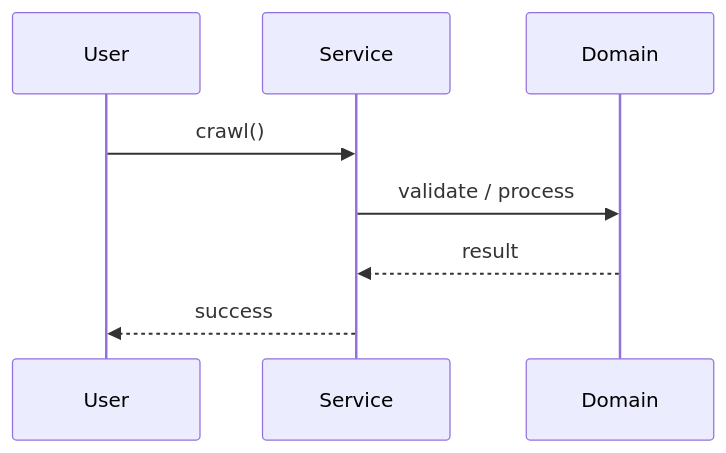
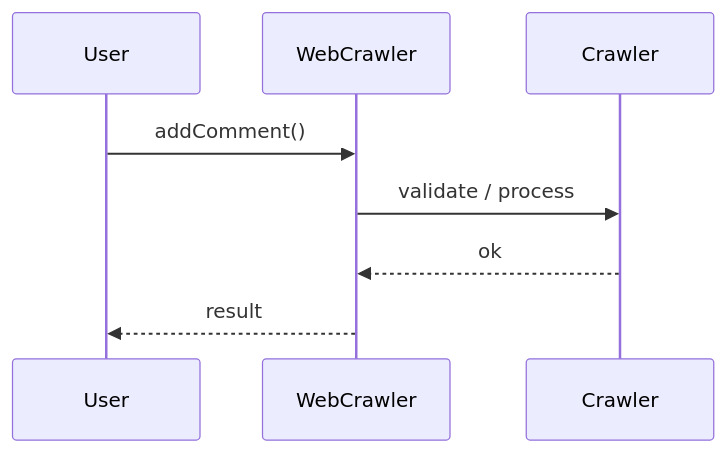
Before and after one commit to madhupaila/Interview-Prep-SSE: the second of 3 diagrams in Learn/System Design - Low Level Design/04-concurrency-lld/questions/Q11-web-crawler-multithreaded.md, drawn with Mermaid. The commit also changed other lines of this file and 491 other files, not shown here.

````diff
--- a/Learn/System Design - Low Level Design/04-concurrency-lld/questions/Q11-web-crawler-multithreaded.md
+++ b/Learn/System Design - Low Level Design/04-concurrency-lld/questions/Q11-web-crawler-multithreaded.md
@@ -121,10 +152,10 @@
 ```mermaid
 sequenceDiagram
-    participant U as User
-    participant S as Service
-    participant D as Domain
-    U->>S: crawl()
-    S->>D: validate / process
-    D-->>S: result
-    S-->>U: success
+participant U as User
+participant S as WebCrawler
+participant D as Crawler
+U->>S: addComment()
+S->>D: validate / process
+D-->>S: ok
+S-->>U: result
 ```
````
